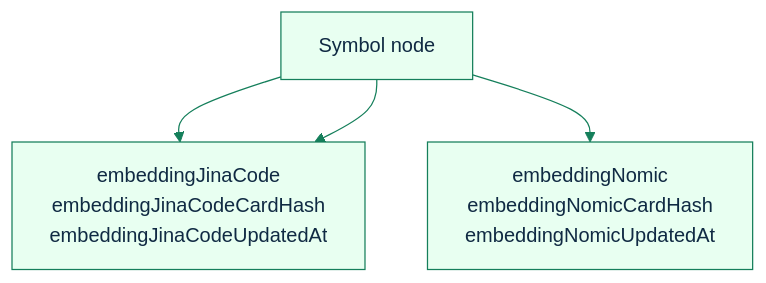
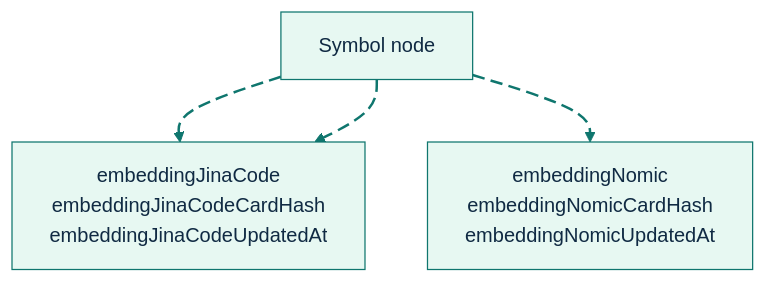
The seventh of 13 diagrams in docs/feature-deep-dives/semantic-engine.md (GlitterKill/sdl-mcp), drawn with Mermaid before and after one commit. The commit also changed other lines of this file and 33 other files, not shown here.

First line of the commit message:
docs: update mermaid diagram themes and styling across documentation

````diff
--- a/docs/feature-deep-dives/semantic-engine.md
+++ b/docs/feature-deep-dives/semantic-engine.md
@@ -456,7 +512,16 @@
 ```mermaid
-%%{init: {"theme":"base","themeVariables":{"primaryColor":"#e8fff1","primaryBorderColor":"#157f5b","primaryTextColor":"#102a43","secondaryColor":"#eef6ff","secondaryBorderColor":"#2563eb","tertiaryColor":"#fff4d6","tertiaryBorderColor":"#b45309","lineColor":"#157f5b","fontFamily":"Trebuchet MS, Arial"},"flowchart":{"curve":"basis"}}}%%
+%%{init: {"theme":"base","themeVariables":{"background":"#ffffff","primaryColor":"#E7F8F2","primaryBorderColor":"#0F766E","primaryTextColor":"#102A43","secondaryColor":"#E8F1FF","secondaryBorderColor":"#2563EB","secondaryTextColor":"#102A43","tertiaryColor":"#FFF4D6","tertiaryBorderColor":"#B45309","tertiaryTextColor":"#102A43","lineColor":"#0F766E","textColor":"#102A43","fontFamily":"Inter, ui-sans-serif, system-ui, -apple-system, BlinkMacSystemFont, Segoe UI, sans-serif"},"flowchart":{"curve":"basis","htmlLabels":true}}}%%
 flowchart TD
-    Symbol["Symbol node"] --> Jina["embeddingJinaCode<br/>embeddingJinaCodeCardHash<br/>embeddingJinaCodeUpdatedAt"]
-    Symbol --> Nomic["embeddingNomic<br/>embeddingNomicCardHash<br/>embeddingNomicUpdatedAt"]
-    Symbol --> Jina["embeddingJinaCode<br/>embeddingJinaCodeCardHash<br/>embeddingJinaCodeUpdatedAt"]
+    Symbol["Symbol node"] e1@--> Jina["embeddingJinaCode<br/>embeddingJinaCodeCardHash<br/>embeddingJinaCodeUpdatedAt"]
+    Symbol e2@--> Nomic["embeddingNomic<br/>embeddingNomicCardHash<br/>embeddingNomicUpdatedAt"]
+    Symbol e3@--> Jina["embeddingJinaCode<br/>embeddingJinaCodeCardHash<br/>embeddingJinaCodeUpdatedAt"]
+
+    classDef source fill:#E7F8F2,stroke:#0F766E,stroke-width:2px,color:#102A43;
+    classDef process fill:#E8F1FF,stroke:#2563EB,stroke-width:2px,color:#102A43;
+    classDef decision fill:#FFF4D6,stroke:#B45309,stroke-width:2px,color:#102A43;
+    classDef storage fill:#F2E8FF,stroke:#7C3AED,stroke-width:2px,color:#102A43;
+    classDef output fill:#FFE8EF,stroke:#BE123C,stroke-width:2px,color:#102A43;
+    classDef muted fill:#F8FAFC,stroke:#64748B,stroke-width:1px,color:#102A43;
+    classDef animate stroke:#0F766E,stroke-width:2px,stroke-dasharray:10\,5,stroke-dashoffset:900,animation:dash 22s linear infinite;
+    class e1,e2,e3 animate;
 ```
````
